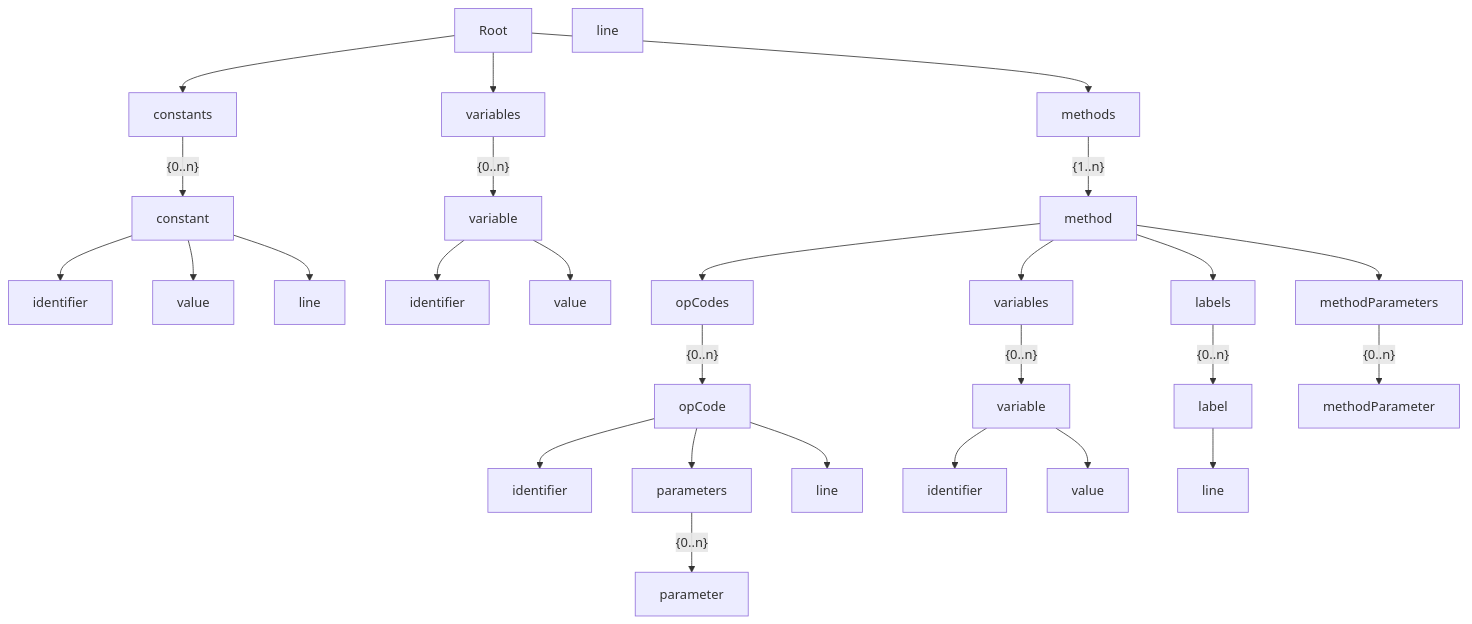
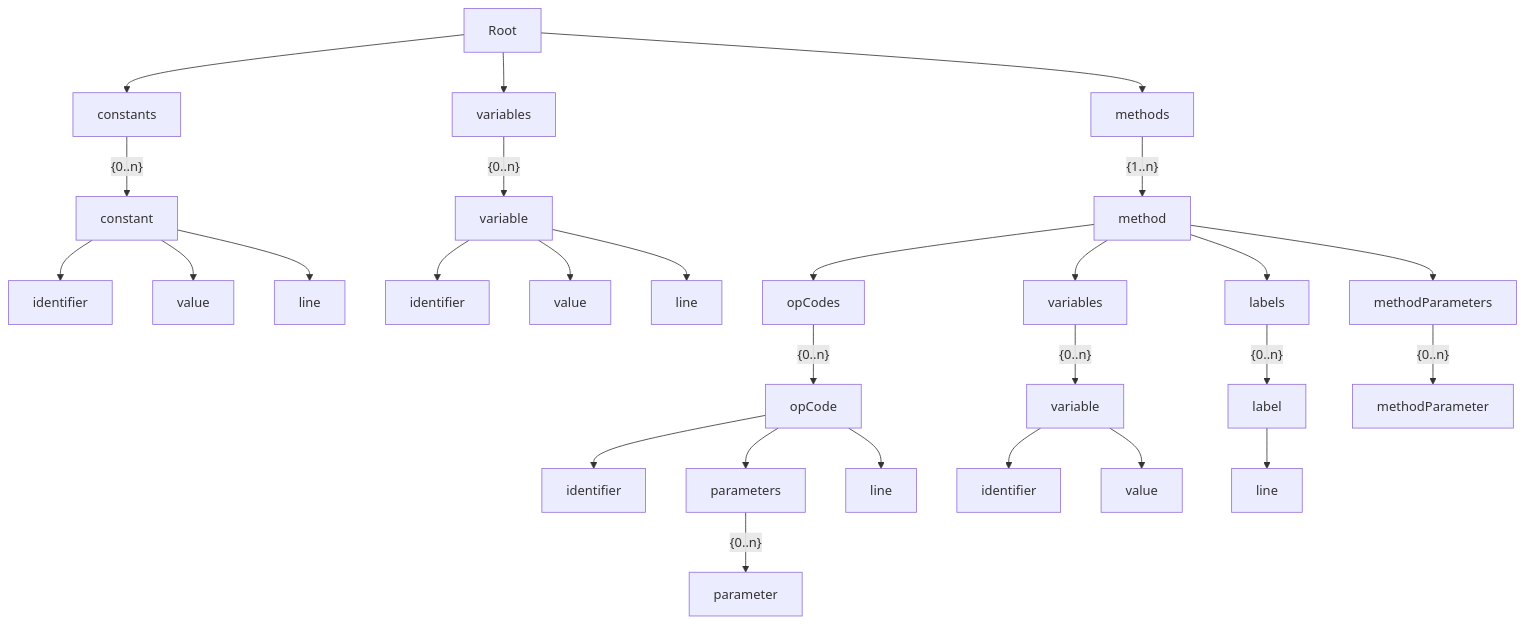
One commit to YasinKavuk/mic-1-interactive changed the diagram in diagrams/AST.md. Above: the diagram before and after it, drawn with Mermaid.

Commit message:
fix small error in ast diagram

````diff
--- a/diagrams/AST.md
+++ b/diagrams/AST.md
@@ -1,63 +1,64 @@
 ```mermaid
 graph TB
     R[Root]
     VAL1[value]
     VAL2[value]
     VAL4[value]
     I1[identifier]
     I2[identifier]
     I4[identifier]
     I6[identifier]
     C[constants]
     C1[constant]
     VS1[variables]
     VS3[variables]
     V1[variable]
     V3[variable]
     METPS[methodParameters]
     METP[methodParameter]
     MET[method]
     METS[methods]
     OPC2[opCodes]
     OP2[opCode]
     PS2[parameters]
     P2[parameter]
     LS2[labels]
     L2[label]
     LN1[line]
     LN2[line]
     LN3[line]
     LN4[line]
 
 
     R-->C
     R-->VS1
     R-->METS
 
     METS-- {1..n} -->MET
 
     C-- {0..n} -->C1
     C1-->I1
     C1-->VAL1
     C1-->LN1
 
     VS1-- {0..n} -->V1
     V1-->I2
     V1-->VAL2
+    V1-->LN2
 
     MET-->OPC2
     OPC2-- {0..n} -->OP2
     OP2-->I4
     OP2-->PS2
     PS2-- {0..n} -->P2
     MET-->VS3
     VS3-- {0..n} -->V3
     V3-->I6
     V3-->VAL4
     MET-->LS2
     LS2-- {0..n} -->L2
     L2-->LN4
     OP2-->LN3
     MET-->METPS
     METPS-- {0..n} -->METP
 ```
````
